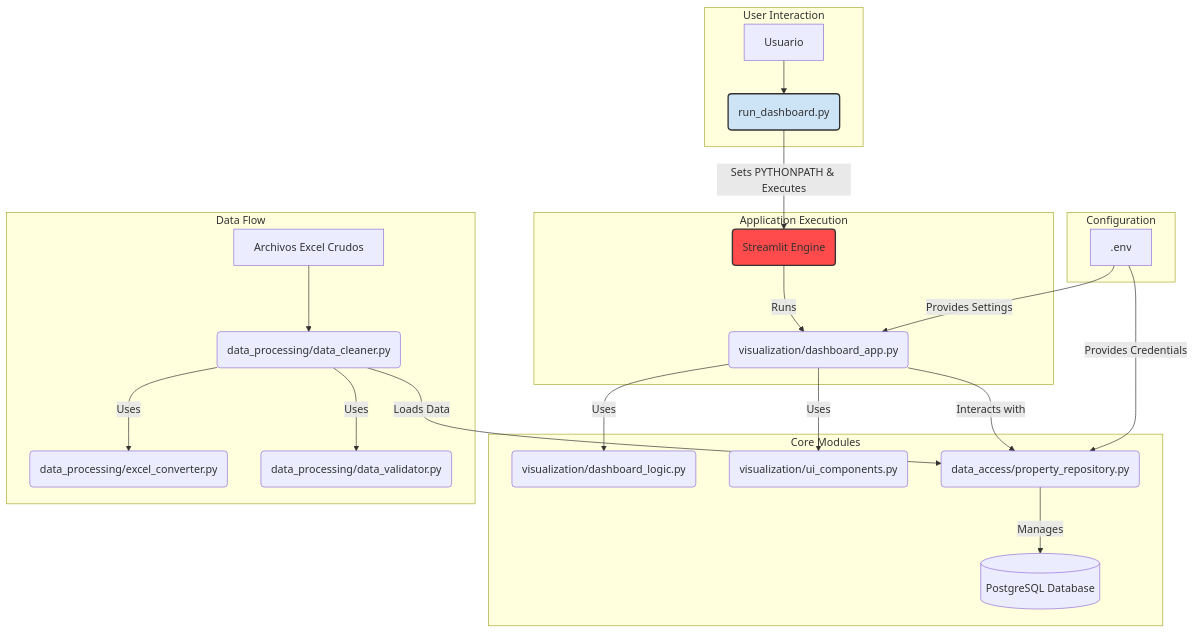
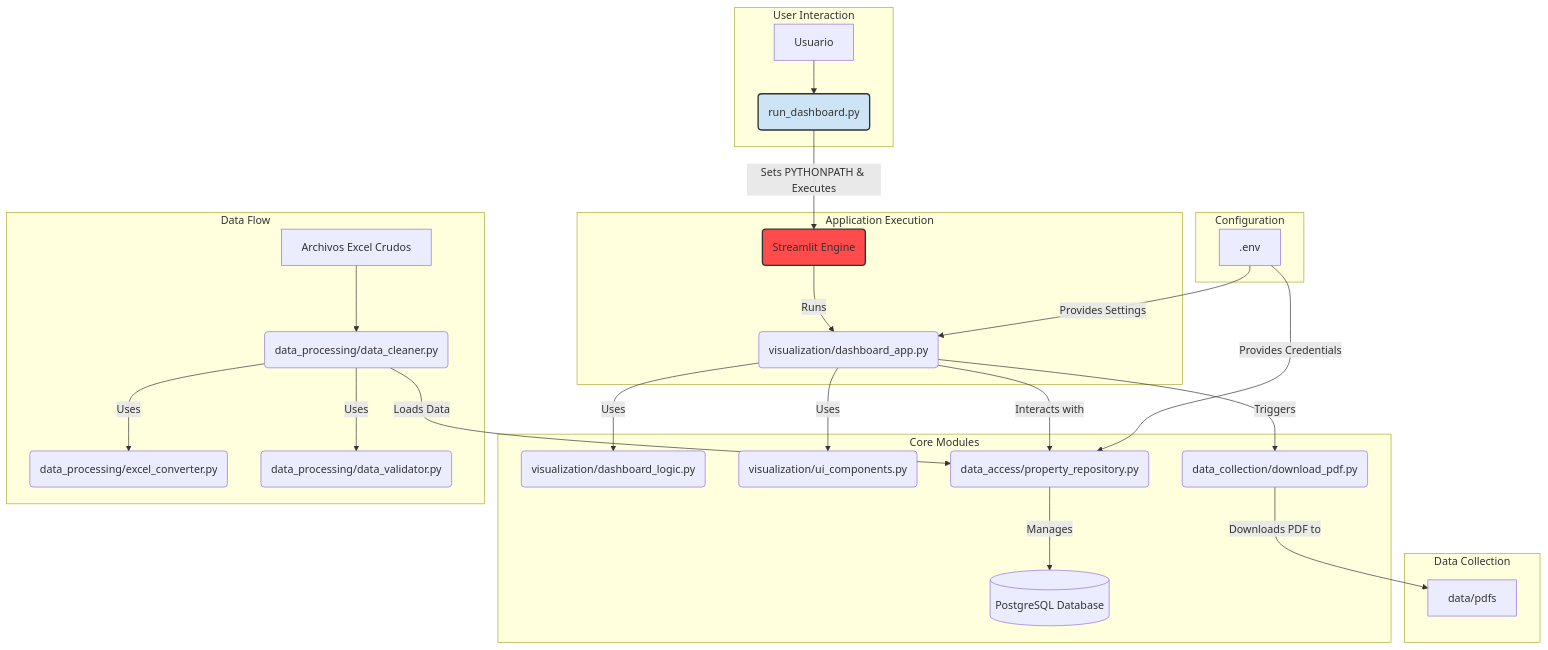
Before and after one commit to fm-dev-mx/real_estate_insights: the diagram in docs/system_overview.mmd, drawn with Mermaid. The commit also changed 9 other files, not shown here.

First line of the commit message:
feat(dashboard): Implement PDF download and view functionality

```diff
--- a/docs/system_overview.mmd
+++ b/docs/system_overview.mmd
@@ -1,31 +1,36 @@
 graph TD
     subgraph User Interaction
         User[Usuario] --> Runner(run_dashboard.py)
     end
 
     subgraph Application Execution
         Runner -- Sets PYTHONPATH & Executes --> Streamlit(Streamlit Engine)
         Streamlit -- Runs --> DashboardApp(visualization/dashboard_app.py)
     end
 
     subgraph Core Modules
         DashboardApp -- Uses --> Logic(visualization/dashboard_logic.py)
         DashboardApp -- Uses --> UI(visualization/ui_components.py)
         DashboardApp -- Interacts with --> Repo(data_access/property_repository.py)
+        DashboardApp -- Triggers --> PdfDownloader(data_collection/download_pdf.py)
         Repo -- Manages --> DB[(PostgreSQL Database)]
     end
 
     subgraph Data Flow
         RawExcel[Archivos Excel Crudos] --> Cleaner(data_processing/data_cleaner.py)
         Cleaner -- Uses --> Converter(data_processing/excel_converter.py)
         Cleaner -- Uses --> Validator(data_processing/data_validator.py)
         Cleaner -- Loads Data --> Repo
     end
+    
+    subgraph Data Collection
+         PdfDownloader -- Downloads PDF to --> LocalStorage[data/pdfs]
+    end
 
     subgraph Configuration
         EnvFile[.env] -- Provides Credentials --> Repo
         EnvFile -- Provides Settings --> DashboardApp
     end
 
     style Runner fill:#cde4f7,stroke:#333,stroke-width:2px
     style Streamlit fill:#ff4b4b,stroke:#333,stroke-width:2px
```
